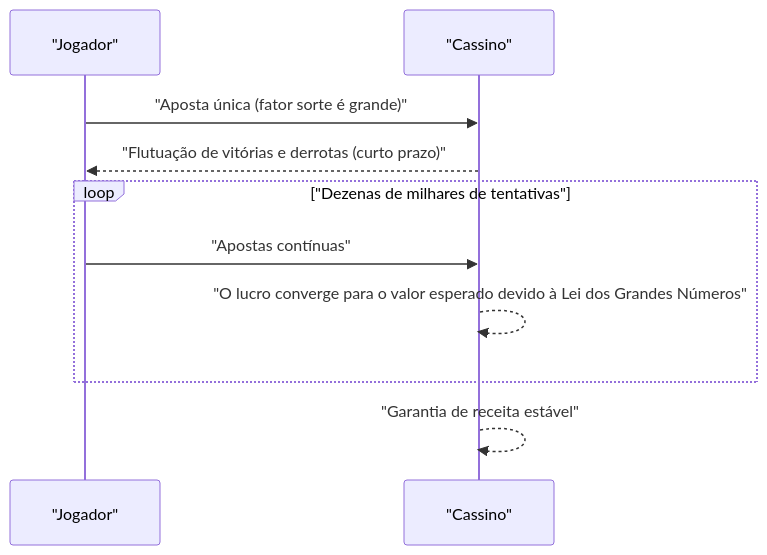
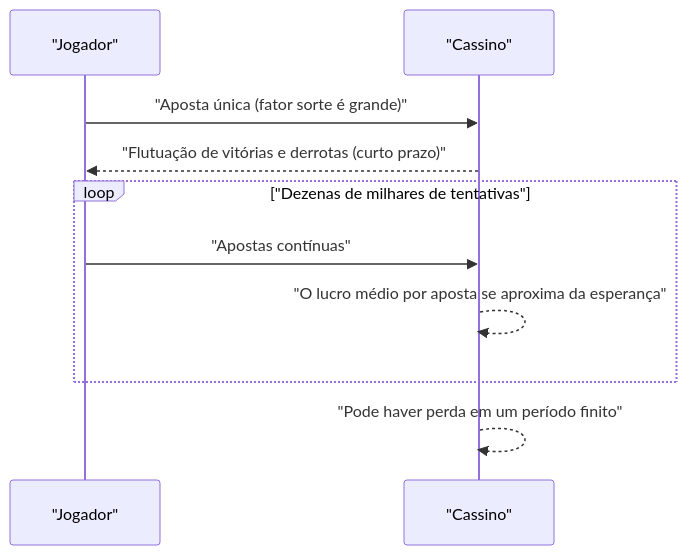
Before and after one commit to kenjinote/blog: the second of 2 diagrams in content/post/law-of-large-numbers/index.pt.md, drawn with Mermaid. The commit also changed other lines of this file and 12 other files, not shown here.

````diff
--- a/content/post/law-of-large-numbers/index.pt.md
+++ b/content/post/law-of-large-numbers/index.pt.md
@@ -53,12 +53,12 @@
 ```mermaid
 sequenceDiagram
     participant P as "Jogador"
     participant C as "Cassino"
     P->>C: "Aposta única (fator sorte é grande)"
     C-->>P: "Flutuação de vitórias e derrotas (curto prazo)"
     loop "Dezenas de milhares de tentativas"
         P->>C: "Apostas contínuas"
-        C-->>C: "O lucro converge para o valor esperado devido à Lei dos Grandes Números"
+        C-->>C: "O lucro médio por aposta se aproxima da esperança"
     end
-    C-->>C: "Garantia de receita estável"
+    C-->>C: "Pode haver perda em um período finito"
 ```
````
